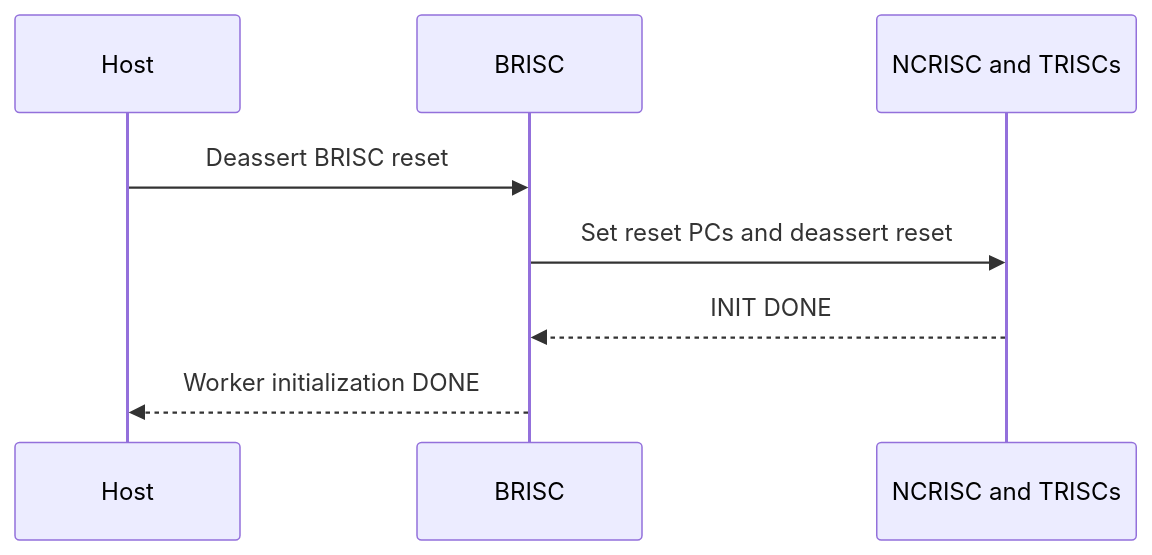
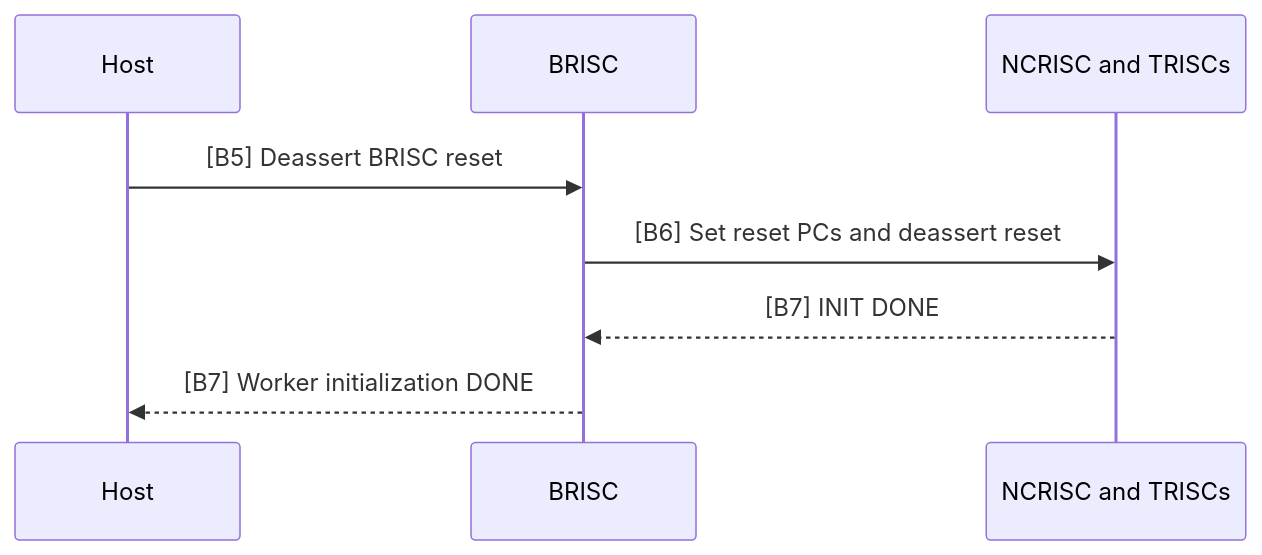
The fourth of 13 diagrams in public/RISC_FIRMWARE_TO_KERNEL_FLOW.md (buicongnguyen/tt-sim), drawn with Mermaid before and after one commit. The commit also changed other lines of this file and 4 other files, not shown here.

Commit message:
Link firmware flow steps to source

````diff
--- a/public/RISC_FIRMWARE_TO_KERNEL_FLOW.md
+++ b/public/RISC_FIRMWARE_TO_KERNEL_FLOW.md
@@ -159,10 +172,10 @@
 ```mermaid
 sequenceDiagram
     participant H as Host
     participant BR as BRISC
     participant S as NCRISC and TRISCs
-    H->>BR: Deassert BRISC reset
-    BR->>S: Set reset PCs and deassert reset
-    S-->>BR: INIT DONE
-    BR-->>H: Worker initialization DONE
+    H->>BR: [B5] Deassert BRISC reset
+    BR->>S: [B6] Set reset PCs and deassert reset
+    S-->>BR: [B7] INIT DONE
+    BR-->>H: [B7] Worker initialization DONE
 ```
````
